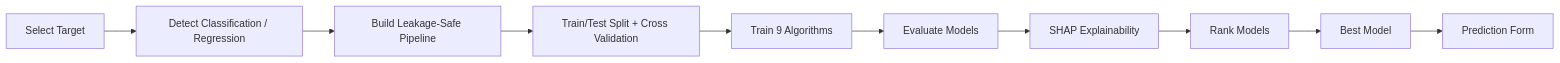
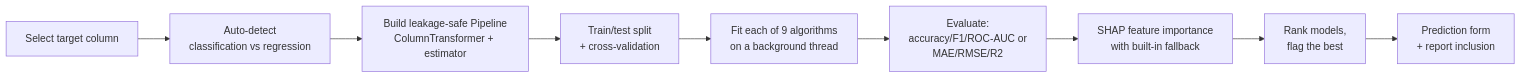
One commit to abaid6790/Ai-Business-Analytics changed the third of 3 diagrams in README.md. Above: the diagram before and after it, drawn with Mermaid. The commit also changed other lines of this file and 22 other files, not shown here.

````diff
--- a/README.md
+++ b/README.md
@@ -989,22 +167,11 @@
 ```mermaid
 flowchart LR
-
-    A[Select Target] -->
-    B[Detect Classification / Regression] -->
-
-    C[Build Leakage-Safe Pipeline] -->
-
-    D[Train/Test Split + Cross Validation] -->
-
-    E[Train 9 Algorithms] -->
-
-    F[Evaluate Models] -->
-
-    G[SHAP Explainability] -->
-
-    H[Rank Models] -->
-
-    I[Best Model] -->
-
-    J[Prediction Form]
+    A[Select target column] --> B[Auto-detect<br/>classification vs regression]
+    B --> C[Build leakage-safe Pipeline<br/>ColumnTransformer + estimator]
+    C --> D[Train/test split<br/>+ cross-validation]
+    D --> E[Fit each of 9 algorithms<br/>on a background thread]
+    E --> F[Evaluate:<br/>accuracy/F1/ROC-AUC or<br/>MAE/RMSE/R2]
+    F --> G[SHAP feature importance<br/>with built-in fallback]
+    G --> H[Rank models,<br/>flag the best]
+    H --> I[Prediction form<br/>+ report inclusion]
 ```
````
